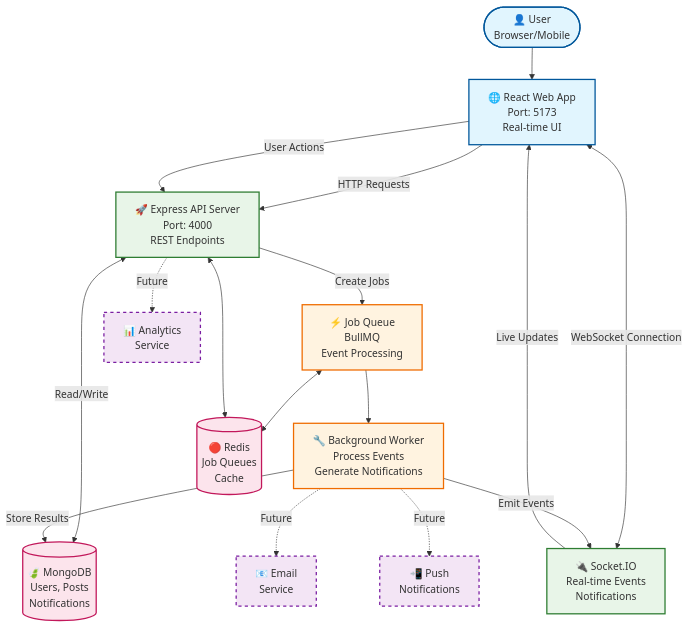
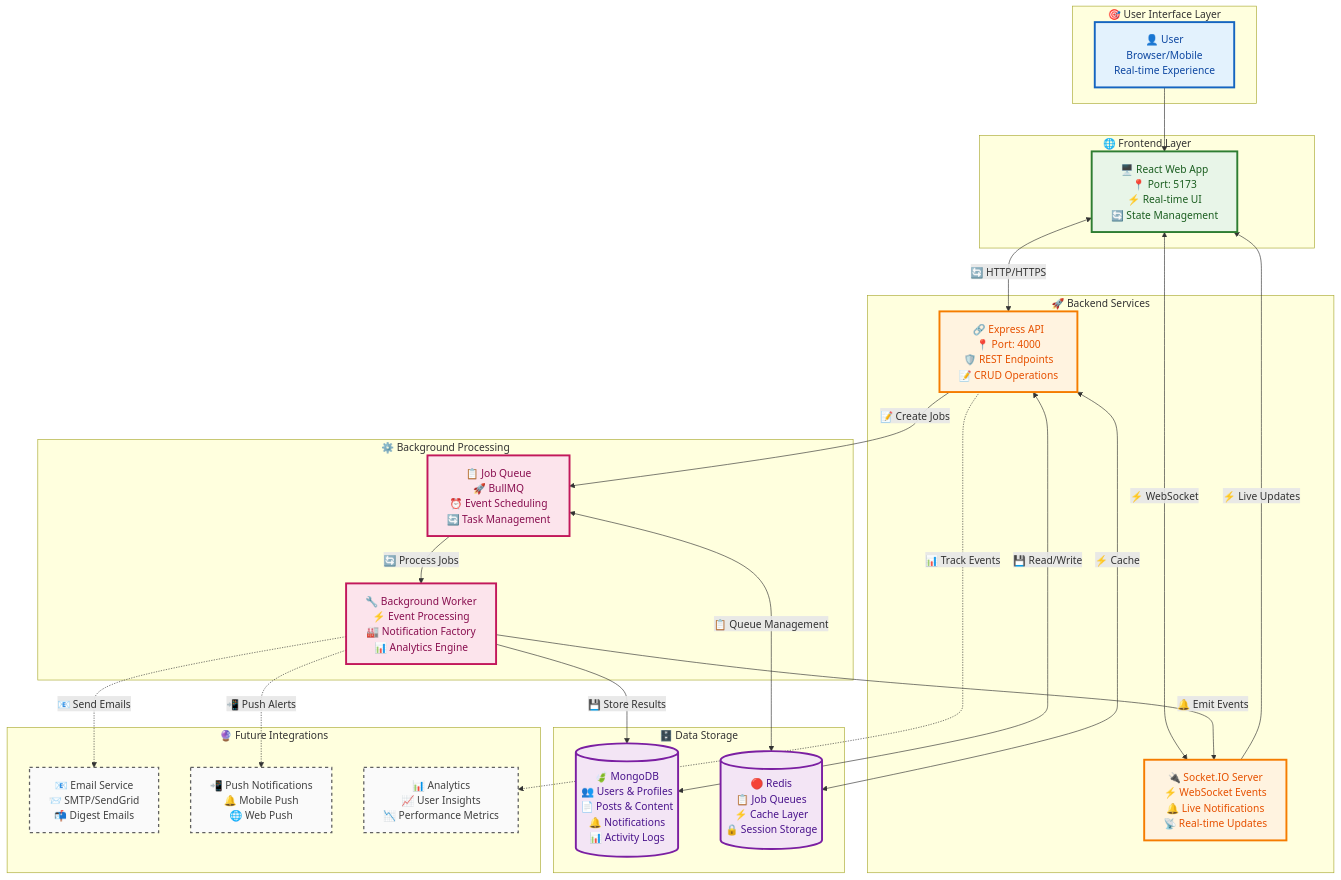
Before and after one commit to chiragSahani/InsydNotification: the first of 2 diagrams in README.md, drawn with Mermaid.

Commit message:
modified:Readme

````diff
--- a/README.md
+++ b/README.md
@@ -25,57 +25,76 @@
 ```mermaid
-flowchart TD
-    %% User Interaction Layer
-    User([👤 User<br/>Browser/Mobile]) --> Web
+graph TB
+    %% === USER LAYER ===
+    subgraph "🎯 User Interface Layer"
+        USER[👤 User<br/>Browser/Mobile<br/>Real-time Experience]
+    end
     
-    %% Client Layer
-    Web[🌐 React Web App<br/>Port: 5173<br/>Real-time UI]
+    %% === CLIENT LAYER ===
+    subgraph "🌐 Frontend Layer"
+        WEB["🖥️ React Web App<br/>📍 Port: 5173<br/>⚡ Real-time UI<br/>🔄 State Management"]
+    end
     
-    %% Network Layer
-    Web -->|HTTP Requests| API
-    Web <-->|WebSocket Connection| Socket
+    %% === API LAYER ===
+    subgraph "🚀 Backend Services"
+        API["🔗 Express API<br/>📍 Port: 4000<br/>🛡️ REST Endpoints<br/>📝 CRUD Operations"]
+        SOCKET["🔌 Socket.IO Server<br/>⚡ WebSocket Events<br/>🔔 Live Notifications<br/>📡 Real-time Updates"]
+    end
     
-    %% Application Layer
-    API[🚀 Express API Server<br/>Port: 4000<br/>REST Endpoints]
-    Socket[🔌 Socket.IO<br/>Real-time Events<br/>Notifications]
+    %% === PROCESSING LAYER ===
+    subgraph "⚙️ Background Processing"
+        QUEUE["📋 Job Queue<br/>🚀 BullMQ<br/>⏰ Event Scheduling<br/>🔄 Task Management"]
+        WORKER["🔧 Background Worker<br/>⚡ Event Processing<br/>🏭 Notification Factory<br/>📊 Analytics Engine"]
+    end
     
-    %% Business Logic
-    API -->|Create Jobs| Queue
-    API <-->|Read/Write| MongoDB
+    %% === DATA LAYER ===
+    subgraph "🗄️ Data Storage"
+        MONGO[("🍃 MongoDB<br/>👥 Users & Profiles<br/>📄 Posts & Content<br/>🔔 Notifications<br/>📊 Activity Logs")]
+        REDIS[("🔴 Redis<br/>📋 Job Queues<br/>⚡ Cache Layer<br/>🔒 Session Storage")]
+    end
     
-    %% Background Processing
-    Queue[⚡ Job Queue<br/>BullMQ<br/>Event Processing]
-    Worker[🔧 Background Worker<br/>Process Events<br/>Generate Notifications]
+    %% === FUTURE SERVICES ===
+    subgraph "🔮 Future Integrations"
+        EMAIL["📧 Email Service<br/>📨 SMTP/SendGrid<br/>📬 Digest Emails"]
+        PUSH["📲 Push Notifications<br/>🔔 Mobile Push<br/>🌐 Web Push"]
+        ANALYTICS["📊 Analytics<br/>📈 User Insights<br/>📉 Performance Metrics"]
+    end
     
-    Queue --> Worker
-    Worker -->|Store Results| MongoDB
-    Worker -->|Emit Events| Socket
+    %% === MAIN FLOW ===
+    USER --> WEB
+    WEB <-->|🔄 HTTP/HTTPS| API
+    WEB <-->|⚡ WebSocket| SOCKET
     
-    %% Data Storage
-    MongoDB[(🍃 MongoDB<br/>Users, Posts<br/>Notifications)]
-    RedisDB[(🔴 Redis<br/>Job Queues<br/>Cache)]
+    %% === API OPERATIONS ===
+    API -->|📝 Create Jobs| QUEUE
+    API <-->|💾 Read/Write| MONGO
+    API <-->|⚡ Cache| REDIS
     
-    Queue <--> RedisDB
-    API <--> RedisDB
+    %% === BACKGROUND PROCESSING ===
+    QUEUE <-->|📋 Queue Management| REDIS
+    QUEUE -->|🔄 Process Jobs| WORKER
+    WORKER -->|💾 Store Results| MONGO
+    WORKER -->|🔔 Emit Events| SOCKET
     
-    %% Future Integrations (Dotted)
-    Worker -.->|Future| Email[📧 Email<br/>Service]
-    Worker -.->|Future| Push[📲 Push<br/>Notifications]
-    API -.->|Future| Analytics[📊 Analytics<br/>Service]
+    %% === REAL-TIME UPDATES ===
+    SOCKET -->|⚡ Live Updates| WEB
     
-    %% Real-time Flow
-    Socket -->|Live Updates| Web
-    Web -->|User Actions| API
+    %% === FUTURE CONNECTIONS ===
+    WORKER -.->|📧 Send Emails| EMAIL
+    WORKER -.->|📲 Push Alerts| PUSH
+    API -.->|📊 Track Events| ANALYTICS
     
-    %% Styling
-    classDef clientLayer fill:#e1f5fe,stroke:#01579b,stroke-width:2px
-    classDef apiLayer fill:#e8f5e8,stroke:#2e7d32,stroke-width:2px
-    classDef workerLayer fill:#fff3e0,stroke:#ef6c00,stroke-width:2px
-    classDef dataLayer fill:#fce4ec,stroke:#c2185b,stroke-width:2px
-    classDef futureService fill:#f3e5f5,stroke:#7b1fa2,stroke-width:2px,stroke-dasharray: 5 5
+    %% === STYLING ===
+    classDef userLayer fill:#e3f2fd,stroke:#1565c0,stroke-width:3px,color:#0d47a1
+    classDef clientLayer fill:#e8f5e8,stroke:#2e7d32,stroke-width:3px,color:#1b5e20
+    classDef apiLayer fill:#fff3e0,stroke:#f57c00,stroke-width:3px,color:#e65100
+    classDef processLayer fill:#fce4ec,stroke:#c2185b,stroke-width:3px,color:#880e4f
+    classDef dataLayer fill:#f3e5f5,stroke:#7b1fa2,stroke-width:3px,color:#4a148c
+    classDef futureLayer fill:#fafafa,stroke:#616161,stroke-width:2px,stroke-dasharray:5 5,color:#424242
     
-    class User,Web clientLayer
-    class API,Socket apiLayer
-    class Queue,Worker workerLayer
-    class MongoDB,RedisDB dataLayer
-    class Email,Push,Analytics futureService
+    class USER userLayer
+    class WEB clientLayer
+    class API,SOCKET apiLayer
+    class QUEUE,WORKER processLayer
+    class MONGO,REDIS dataLayer
+    class EMAIL,PUSH,ANALYTICS futureLayer
 ```
````
